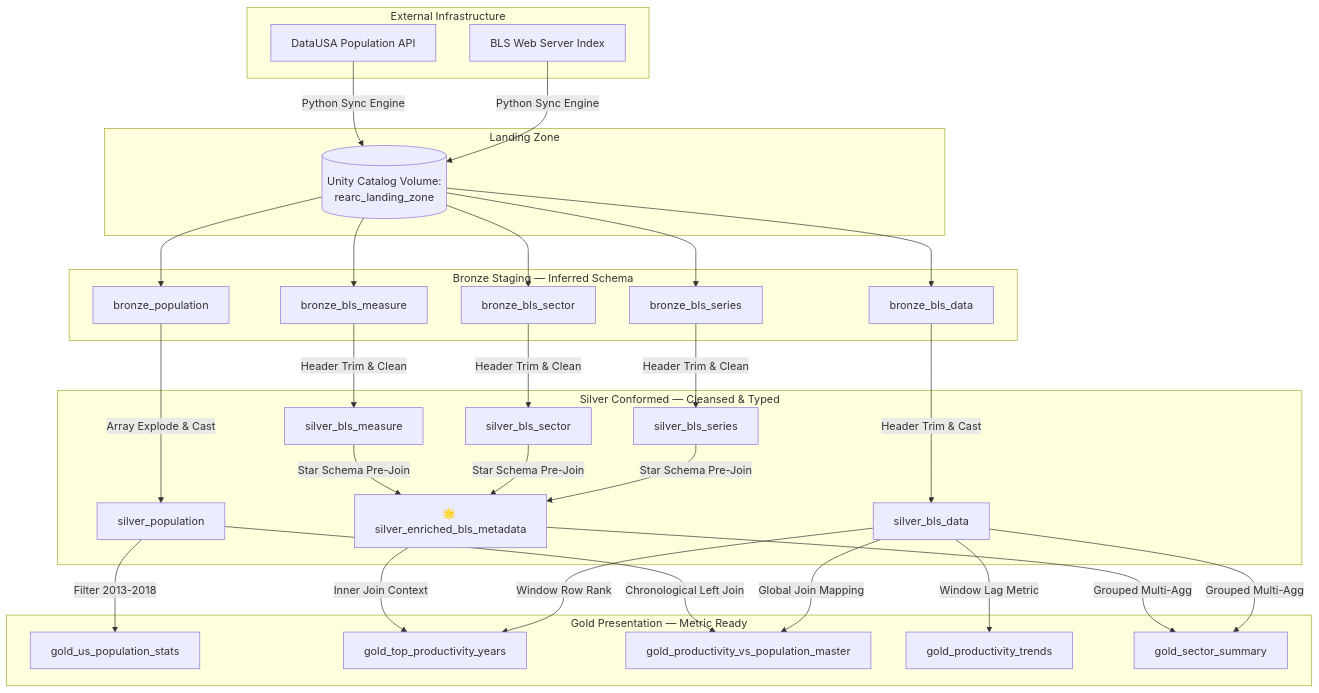
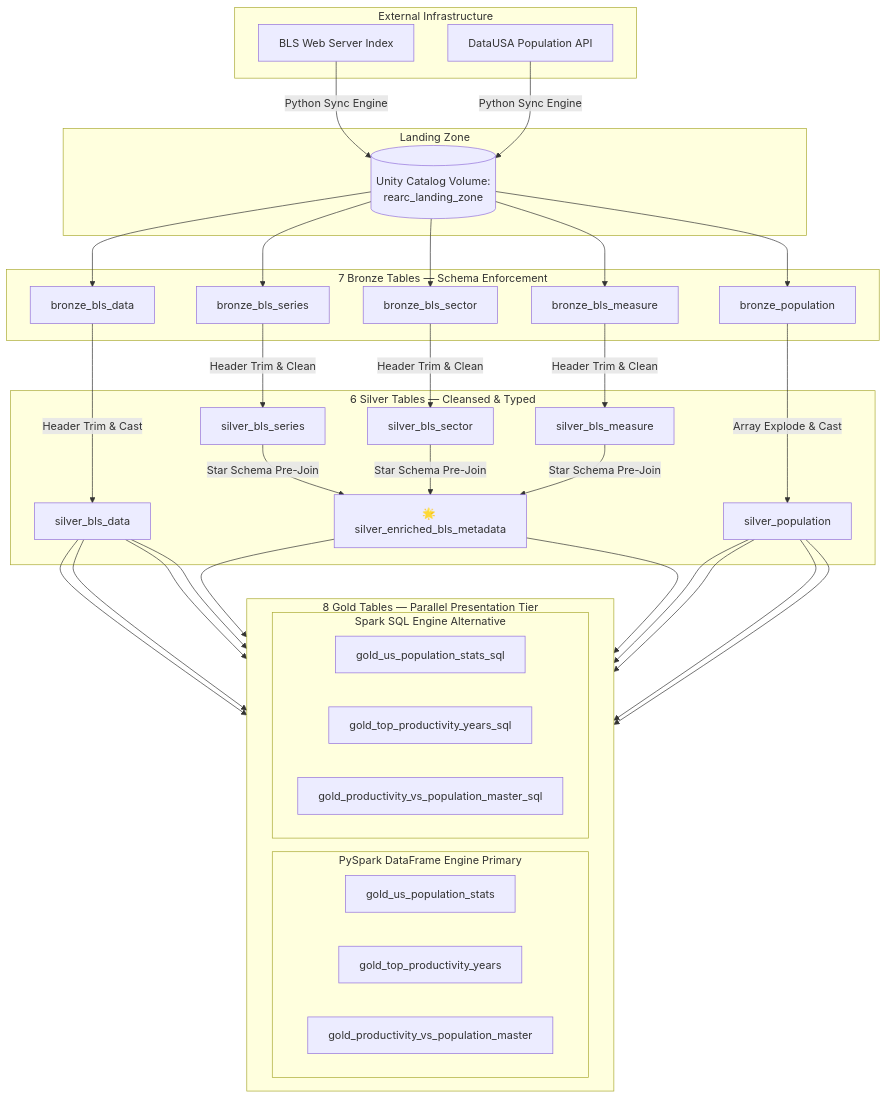
One commit to Hariharasudhan/rearc-data-quest changed the diagram in PROCESS.md. Above: the diagram before and after it, drawn with Mermaid. The commit also changed other lines of this file, not shown here.

First line of the commit message:
Revise architecture section and improve clarity

````diff
--- a/PROCESS.md
+++ b/PROCESS.md
@@ -13,58 +13,67 @@
 ```mermaid
 graph TD
     %% Source Layer
     subgraph External Infrastructure
         SRC1[BLS Web Server Index]
         SRC2[DataUSA Population API]
     end
 
     %% Storage Landing
     subgraph Landing Zone
         V1[(Unity Catalog Volume:<br>rearc_landing_zone)]
     end
 
     %% Bronze Layer
-    subgraph Bronze Layer [Bronze Staging — Inferred Schema]
+    subgraph Bronze Layer [7 Bronze Tables — Schema Enforcement]
         B1[bronze_bls_data]
         B2[bronze_bls_series]
         B3[bronze_bls_sector]
         B4[bronze_bls_measure]
         B5[bronze_population]
     end
 
     %% Silver Layer
-    subgraph Silver Layer [Silver Conformed — Cleansed & Typed]
+    subgraph Silver Layer [6 Silver Tables — Cleansed & Typed]
         S1[silver_bls_data]
         S2[silver_bls_series]
         S3[silver_bls_sector]
         S4[silver_bls_measure]
         S5[silver_population]
         M1[🌟 silver_enriched_bls_metadata]
     end
 
     %% Gold Layer
-    subgraph Gold Layer [Gold Presentation — Metric Ready]
-        G1[gold_us_population_stats]
-        G2[gold_top_productivity_years]
-        G3[gold_productivity_vs_population_master]
-        G4[gold_productivity_trends]
-        G5[gold_sector_summary]
+    subgraph Gold Layer [8 Gold Tables — Parallel Presentation Tier]
+        direction LR
+        subgraph PySpark DataFrame Engine Primary
+            G1[gold_us_population_stats]
+            G2[gold_top_productivity_years]
+            G3[gold_productivity_vs_population_master]
+        end
+        subgraph Spark SQL Engine Alternative
+            G1_S[gold_us_population_stats_sql]
+            G2_S[gold_top_productivity_years_sql]
+            G3_S[gold_productivity_vs_population_master_sql]
+        end
     end
 
     %% Flow links
     SRC1 & SRC2 -->|Python Sync Engine| V1
     V1 --> B1 & B2 & B3 & B4 & B5
     B1 -->|Header Trim & Cast| S1
     B2 -->|Header Trim & Clean| S2
     B3 -->|Header Trim & Clean| S3
     B4 -->|Header Trim & Clean| S4
     B5 -->|Array Explode & Cast| S5
     S2 & S3 & S4 -->|Star Schema Pre-Join| M1
-    S5 -->|Filter 2013-2018| G1
-    S1 -->|Window Row Rank| G2
-    M1 -->|Inner Join Context| G2
-    S1 -->|Global Join Mapping| G3
-    S5 -->|Chronological Left Join| G3
-    S1 -->|Window Lag Metric| G4
-    S1 & M1 -->|Grouped Multi-Agg| G5
+    
+    %% PySpark Links
+    S5 --> G1
+    S1 & M1 --> G2
+    S1 & S5 --> G3
+    
+    %% SQL Links
+    S5 --> G1_S
+    S1 & M1 --> G2_S
+    S1 & S5 --> G3_S
 ```
````
